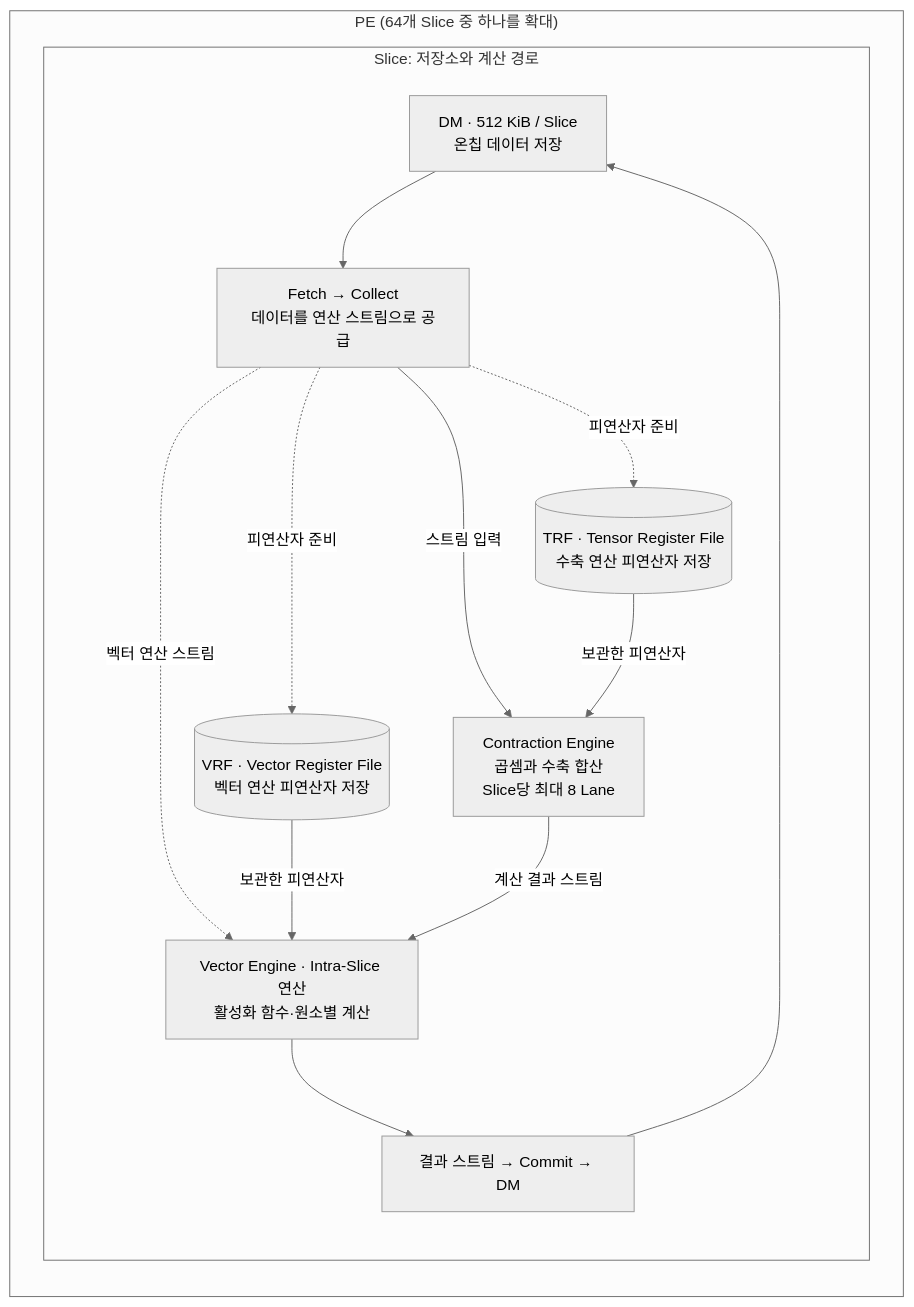
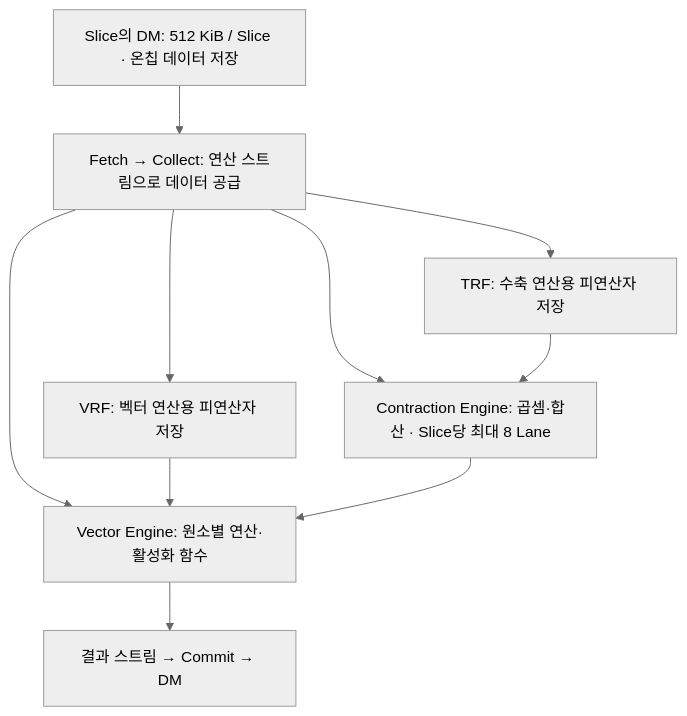
One commit to smallstep-zzz/furyno5-handbook changed the second of 9 diagrams in content/01-hardware.md. Above: the diagram before and after it, drawn with Mermaid (neutral theme).

Commit message:
docs: use supported Mermaid subset for Slice storage and engine diagram

````diff
--- a/content/01-hardware.md
+++ b/content/01-hardware.md
@@ -161,28 +161,19 @@
 ```mermaid
 flowchart TB
-  subgraph PE["PE (64개 Slice 중 하나를 확대)"]
-    direction TB
-    subgraph SL["Slice: 저장소와 계산 경로"]
-      direction TB
-      DM["DM · 512 KiB / Slice<br/>온칩 데이터 저장"]
-      FC["Fetch → Collect<br/>데이터를 연산 스트림으로 공급"]
-      DM --> FC
-
-      TRF[("TRF · Tensor Register File<br/>수축 연산 피연산자 저장")]
-      VRF[("VRF · Vector Register File<br/>벡터 연산 피연산자 저장")]
-
-      CE["Contraction Engine<br/>곱셈과 수축 합산<br/>Slice당 최대 8 Lane"]
-      VE["Vector Engine · Intra-Slice 연산<br/>활성화 함수·원소별 계산"]
-
-      FC -->|"스트림 입력"| CE
-      FC -.->|"벡터 연산 스트림"| VE
-      FC -.->|"피연산자 준비"| TRF
-      FC -.->|"피연산자 준비"| VRF
-      TRF -->|"보관한 피연산자"| CE
-      VRF -->|"보관한 피연산자"| VE
-      CE -->|"계산 결과 스트림"| VE
-      VE --> OUT["결과 스트림 → Commit → DM"]
-      OUT --> DM
-    end
-  end
+  DM["Slice의 DM: 512 KiB / Slice · 온칩 데이터 저장"]
+  FC["Fetch → Collect: 연산 스트림으로 데이터 공급"]
+  TRF["TRF: 수축 연산용 피연산자 저장"]
+  VRF["VRF: 벡터 연산용 피연산자 저장"]
+  CE["Contraction Engine: 곱셈·합산 · Slice당 최대 8 Lane"]
+  VE["Vector Engine: 원소별 연산·활성화 함수"]
+  OUT["결과 스트림 → Commit → DM"]
+  DM --> FC
+  FC --> CE
+  FC --> VE
+  FC --> TRF
+  FC --> VRF
+  TRF --> CE
+  VRF --> VE
+  CE --> VE
+  VE --> OUT
 ```
````
